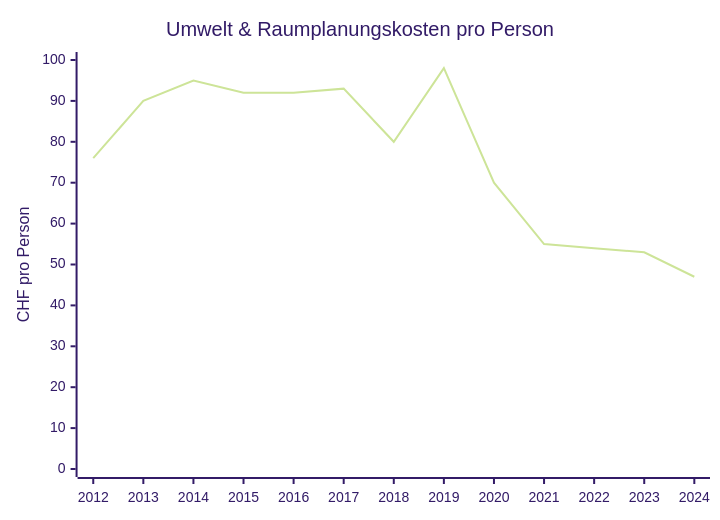
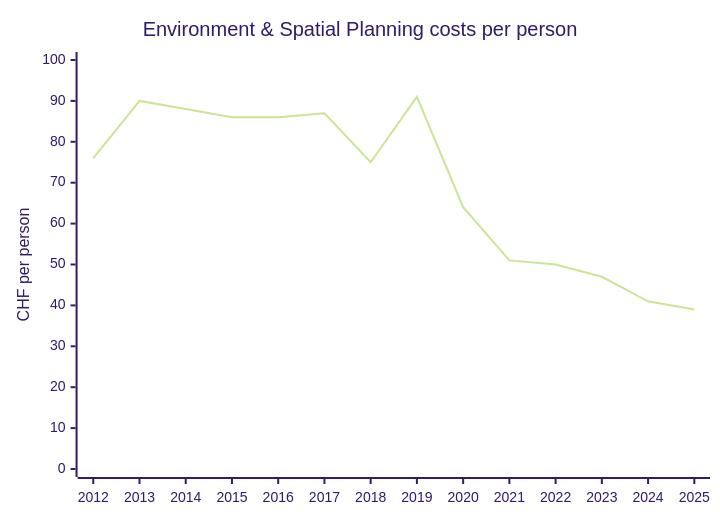
The eighth of 8 diagrams in docs/politik/finanzen-beringen.en.md (risajef/risajef.github.io), drawn with Mermaid (forest theme) before and after one commit. The commit also changed other lines of this file and 1 other file, not shown here.

````diff
--- a/docs/politik/finanzen-beringen.en.md
+++ b/docs/politik/finanzen-beringen.en.md
@@ -129,7 +129,7 @@
 ```mermaid
 xychart
-title "Umwelt & Raumplanungskosten pro Person"
-x-axis [2012, 2013, 2014, 2015, 2016, 2017, 2018, 2019, 2020, 2021, 2022, 2023, 2024]
-y-axis "CHF pro Person" 0 --> 100
-line [76, 90, 95, 92, 92, 93, 80, 98, 70, 55, 54, 53, 47]
+title "Environment & Spatial Planning costs per person"
+x-axis [2012, 2013, 2014, 2015, 2016, 2017, 2018, 2019, 2020, 2021, 2022, 2023, 2024, 2025]
+y-axis "CHF per person" 0 --> 100
+line [76, 90, 88, 86, 86, 87, 75, 91, 64, 51, 50, 47, 41, 39]
 ```
````
